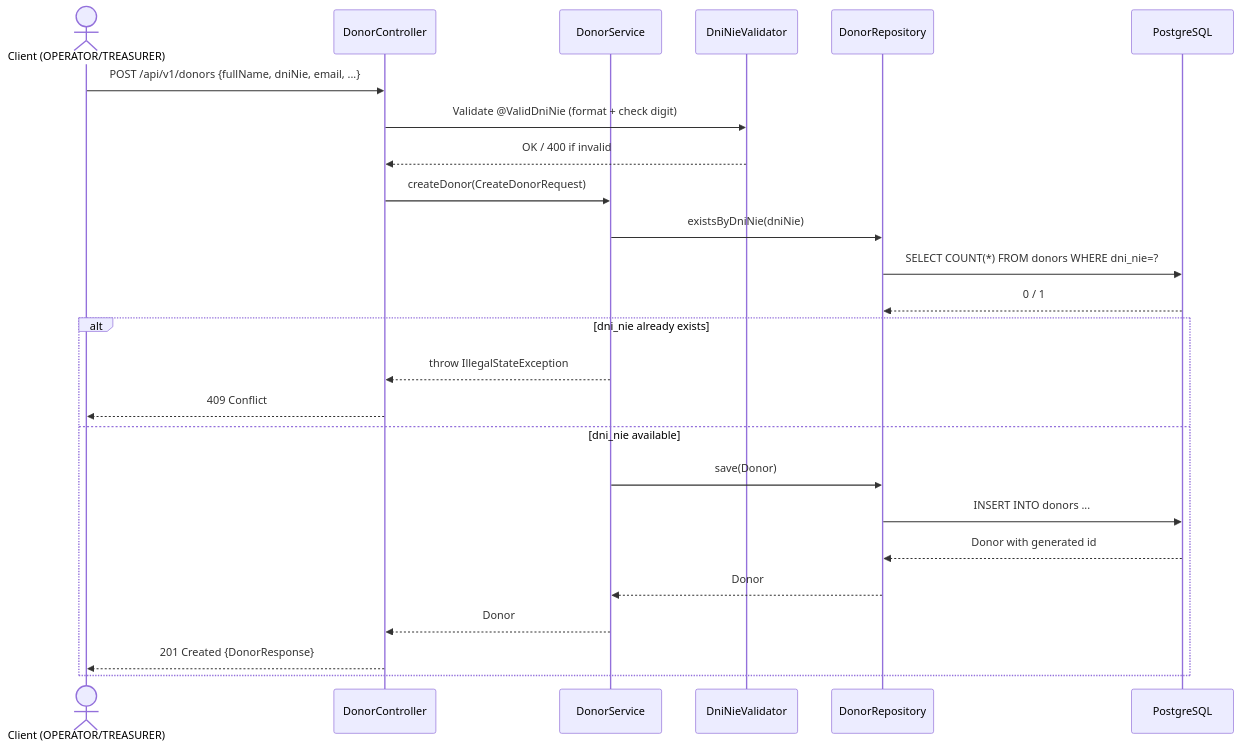
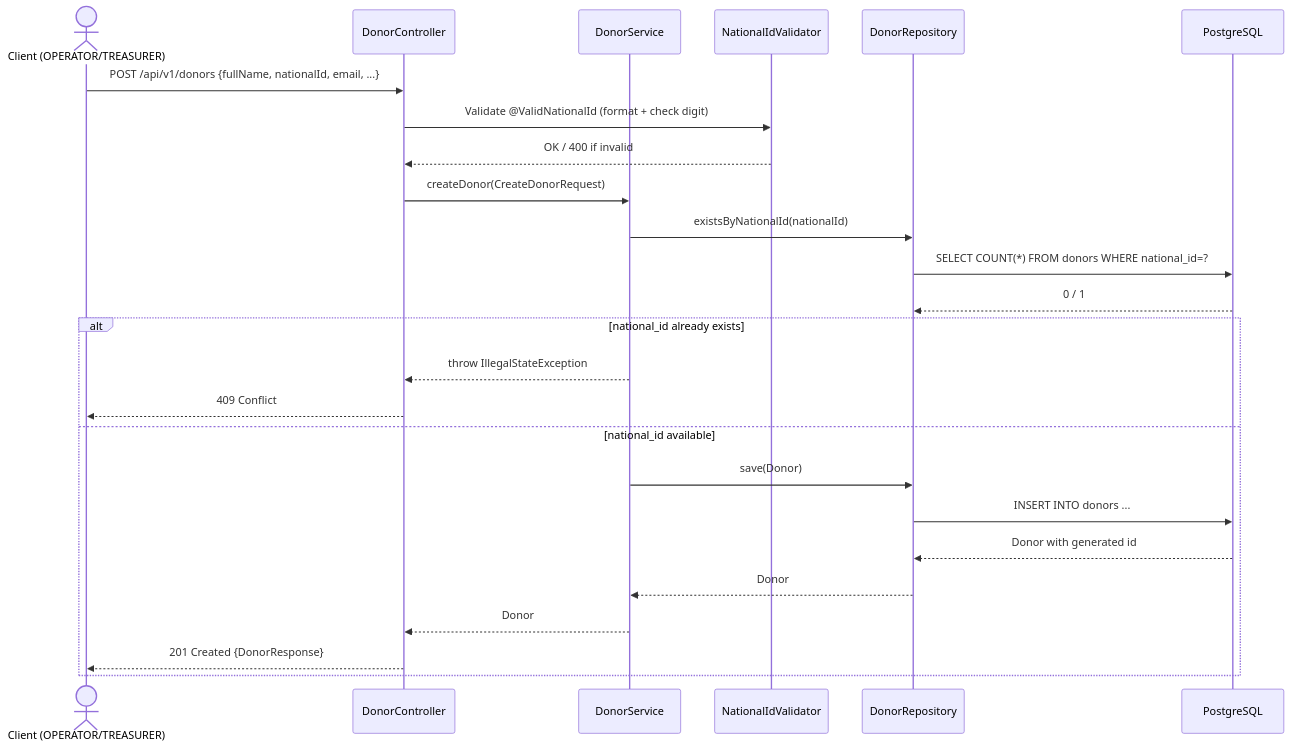
The tenth of 12 diagrams in docs/architecture.md (jorgetroya80/donations-api), drawn with Mermaid before and after one commit. The commit also changed other lines of this file and 52 other files, not shown here.

````diff
--- a/docs/architecture.md
+++ b/docs/architecture.md
@@ -563,28 +563,28 @@
 ```mermaid
 sequenceDiagram
     actor C as Client (OPERATOR/TREASURER)
     participant DC as DonorController
     participant DS as DonorService
-    participant VAL as DniNieValidator
+    participant VAL as NationalIdValidator
     participant DR as DonorRepository
     participant DB as PostgreSQL
 
-    C->>DC: POST /api/v1/donors {fullName, dniNie, email, ...}
-    DC->>VAL: Validate @ValidDniNie (format + check digit)
+    C->>DC: POST /api/v1/donors {fullName, nationalId, email, ...}
+    DC->>VAL: Validate @ValidNationalId (format + check digit)
     VAL-->>DC: OK / 400 if invalid
     DC->>DS: createDonor(CreateDonorRequest)
-    DS->>DR: existsByDniNie(dniNie)
-    DR->>DB: SELECT COUNT(*) FROM donors WHERE dni_nie=?
+    DS->>DR: existsByNationalId(nationalId)
+    DR->>DB: SELECT COUNT(*) FROM donors WHERE national_id=?
     DB-->>DR: 0 / 1
-    alt dni_nie already exists
+    alt national_id already exists
         DS-->>DC: throw IllegalStateException
         DC-->>C: 409 Conflict
-    else dni_nie available
+    else national_id available
         DS->>DR: save(Donor)
         DR->>DB: INSERT INTO donors ...
         DB-->>DR: Donor with generated id
         DR-->>DS: Donor
         DS-->>DC: Donor
         DC-->>C: 201 Created {DonorResponse}
     end
 ```
````
